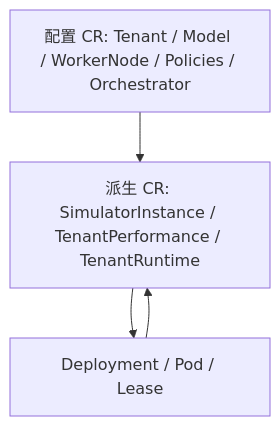
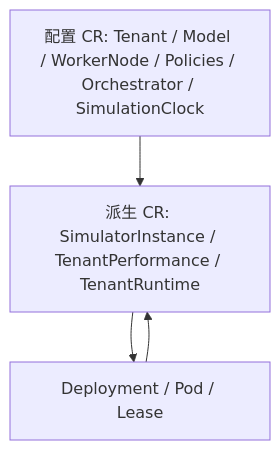
Before and after one commit to 3900563672/hello-k8s-ai: the diagram in docs/kubernetes/CRD_DESIGN.md, drawn with Mermaid. The commit also changed other lines of this file and 86 other files, not shown here.

````diff
--- a/docs/kubernetes/CRD_DESIGN.md
+++ b/docs/kubernetes/CRD_DESIGN.md
@@ -12,8 +12,8 @@
 ```mermaid
 flowchart TB
-  CFG["配置 CR: Tenant / Model / WorkerNode / Policies / Orchestrator"]
+  CFG["配置 CR: Tenant / Model / WorkerNode / Policies / Orchestrator / SimulationClock"]
   DER["派生 CR: SimulatorInstance / TenantPerformance / TenantRuntime"]
   CFG --> DER
   DER --> WORK["Deployment / Pod / Lease"]
   WORK --> DER
 ```
````
